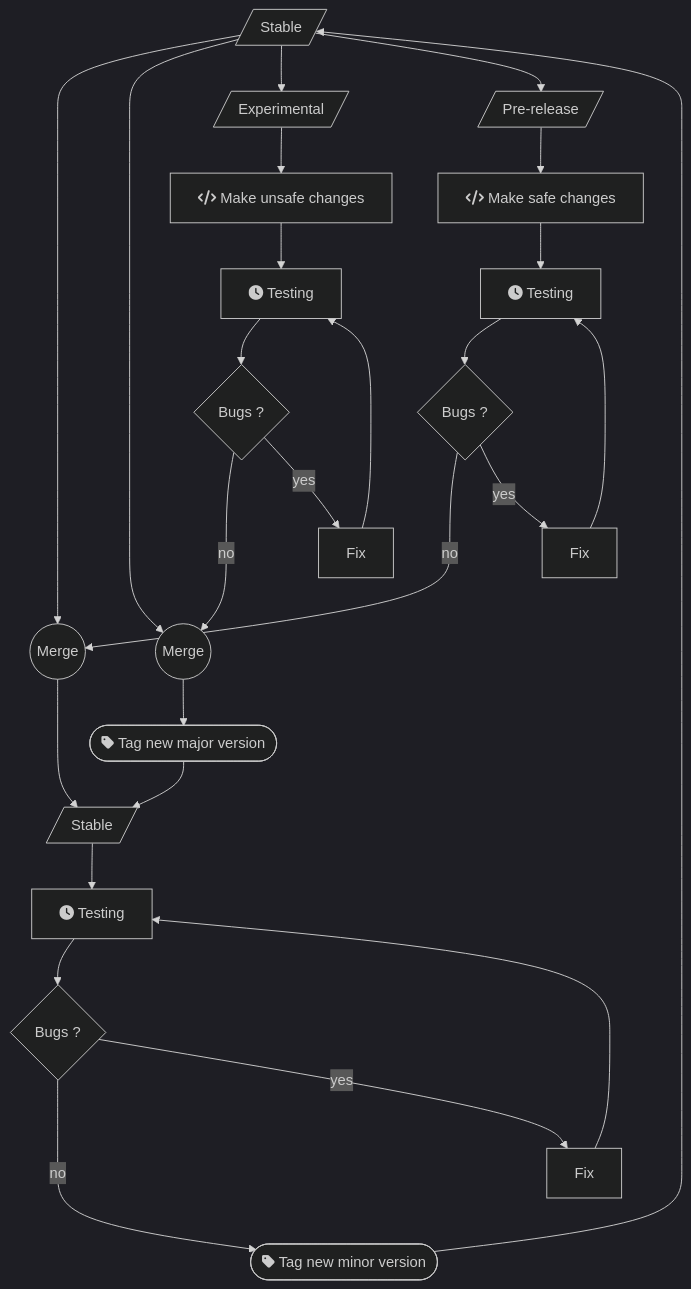
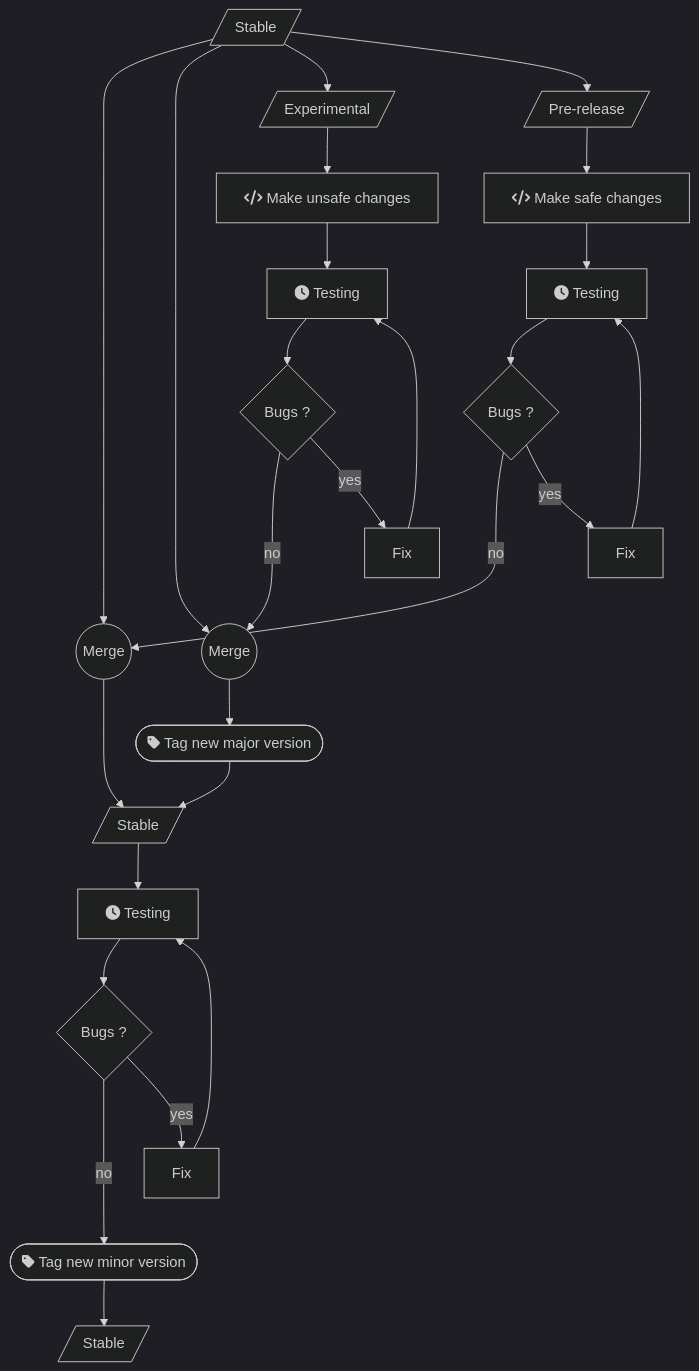
The diagram in content/install/_index.md (darktable-org/dtdocs), drawn with Mermaid (dark theme) before and after one commit. The commit also changed other lines of this file, not shown here.

Commit message:
Improve install again, make the graph narrower

````diff
--- a/content/install/_index.md
+++ b/content/install/_index.md
@@ -35,36 +37,38 @@
 ```mermaid
 graph TD;
 	master[/Stable/];
 	candidate[/Pre-release/];
 	dev[/Experimental/];
 	master2[/Stable/];
+	master3[/Stable/];
 
-	master -------> m1((Merge));
-	master ------> m2((Merge));
+	master --> m1((Merge));
+	master --> m2((Merge));
 	m1 --> master2;
 
 	master --> dev;
 	dev --> c3[fa:fa-code Make unsafe changes];
 	c3 --> t3[fa:fa-clock Testing];
 	t3 --> r3{Bugs ?};
 	r3 -- no ---> m2;
 	r3 -- yes --> f3[Fix];
 	f3 --> t3;
 	m2 --> p2([fa:fa-tag Tag new major version]);
 	p2 --> master2;
 
 	master --> candidate;
 	candidate --> c1[fa:fa-code Make safe changes];
 	c1 --> t1[fa:fa-clock Testing];
 	t1 --> r1{Bugs ?};
 	r1 -- no ---> m1;
 	r1 -- yes --> f1[Fix];
 	f1 ---> t1;
 
 	master2 --> t2[fa:fa-clock Testing];
 	t2 --> r2{Bugs ?};
 	r2 -- no ---> p1([fa:fa-tag Tag new minor version])
 	r2 -- yes --> f2[Fix];
-	f2 ---> t2;
-	p1 -----------> master;
+	f2 --> t2;
+	p1 --> master3;
+
 ```
````
